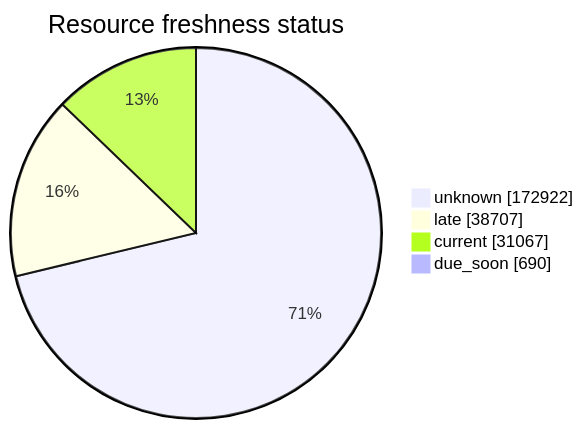
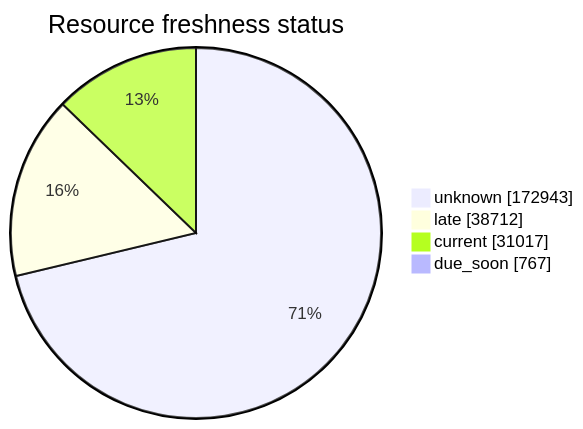
Before and after one commit to open-data/analytics-corporate-reporting: the third of 5 diagrams in FreshCheck/README.md, drawn with Mermaid. The commit also changed other lines of this file and 3 other files, not shown here.

````diff
--- a/FreshCheck/README.md
+++ b/FreshCheck/README.md
@@ -77,7 +77,7 @@
 ```mermaid
 pie showData title Resource freshness status
-    "unknown": 172922
-    "late": 38707
-    "current": 31067
-    "due_soon": 690
+    "unknown": 172943
+    "late": 38712
+    "current": 31017
+    "due_soon": 767
 ```
````
